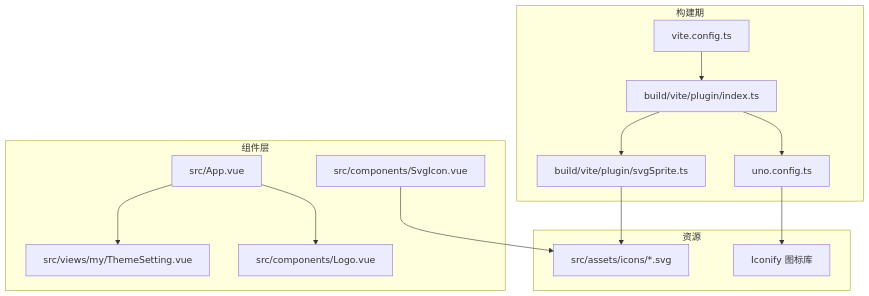
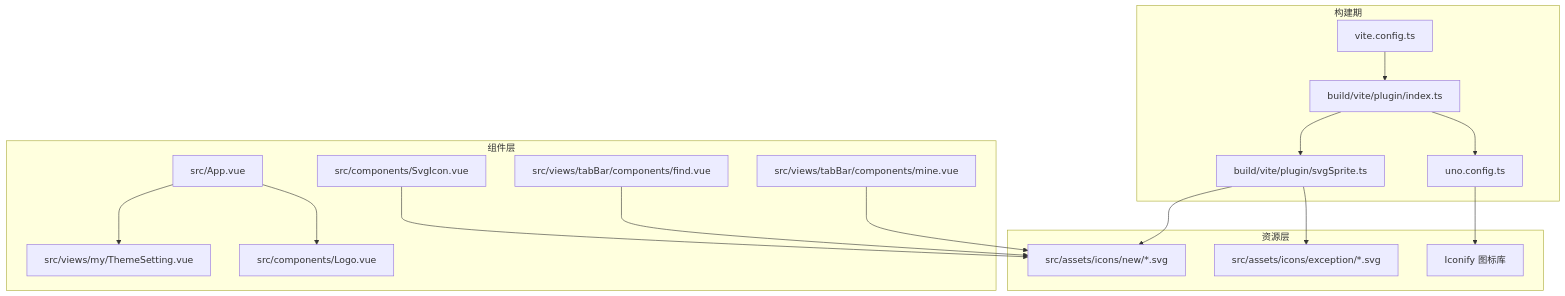
One commit to giserman001/vue3-vant4-mobile changed the first of 5 diagrams in .qoder/repowiki/zh/content/UI组件系统/图标系统.md. Above: the diagram before and after it, drawn with Mermaid. The commit also changed other lines of this file and 17 other files, not shown here.

First line of the commit message:
docs(icon-system): 补充微信风格图标系统文档及架构说明

````diff
--- a/.qoder/repowiki/zh/content/UI组件系统/图标系统.md
+++ b/.qoder/repowiki/zh/content/UI组件系统/图标系统.md
@@ -54,27 +65,33 @@
 ```mermaid
 graph TB
 subgraph "构建期"
 VC["vite.config.ts"]
 PI["build/vite/plugin/index.ts"]
 PS["build/vite/plugin/svgSprite.ts"]
 UC["uno.config.ts"]
 end
 subgraph "组件层"
 SI["src/components/SvgIcon.vue"]
+FIND["src/views/tabBar/components/find.vue"]
+MINE["src/views/tabBar/components/mine.vue"]
 APP["src/App.vue"]
 TS["src/views/my/ThemeSetting.vue"]
 LG["src/components/Logo.vue"]
 end
-subgraph "资源"
-ICONS["src/assets/icons/*.svg"]
+subgraph "资源层"
+ICONS_NEW["src/assets/icons/new/*.svg"]
+ICONS_EXCEPTION["src/assets/icons/exception/*.svg"]
 IF["Iconify 图标库"]
 end
 VC --> PI
 PI --> PS
 PI --> UC
-PS --> ICONS
+PS --> ICONS_NEW
+PS --> ICONS_EXCEPTION
 UC --> IF
-SI --> ICONS
+SI --> ICONS_NEW
+FIND --> ICONS_NEW
+MINE --> ICONS_NEW
 APP --> TS
 APP --> LG
 ```
````
